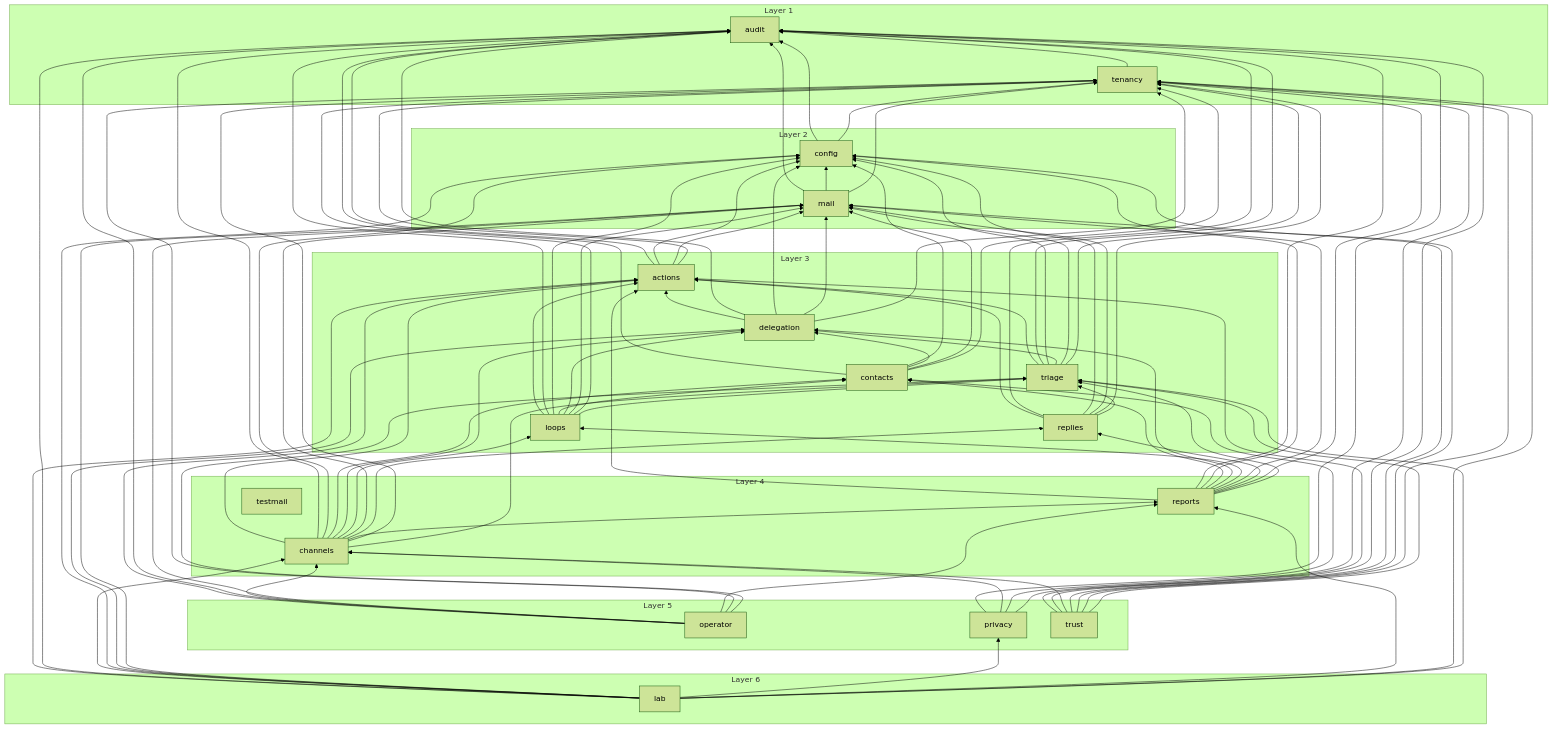
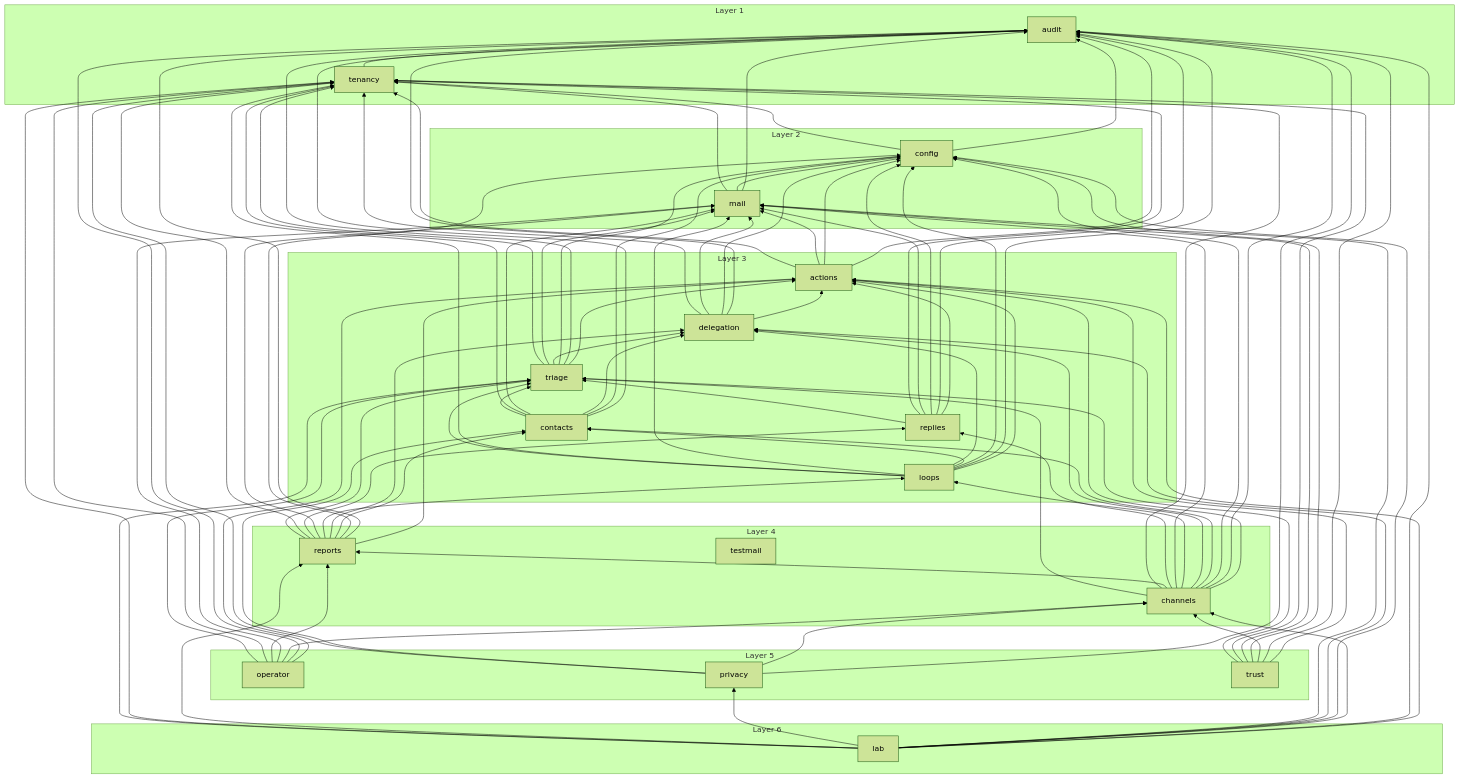
Before and after one commit to Artexs/email_assistant: the diagram in docs/diagrams/module-graph.md, drawn with Mermaid (forest theme). The commit also changed 7 other files, not shown here.

Commit message:
F144 stage 05: triage readers of the newest result and feedback per sender; contacts → triage edge

```diff
--- a/docs/diagrams/module-graph.md
+++ b/docs/diagrams/module-graph.md
@@ -57,6 +57,7 @@
   contacts --> delegation
   contacts --> mail
   contacts --> tenancy
+  contacts --> triage
   delegation --> actions
   delegation --> audit
   delegation --> config
```
